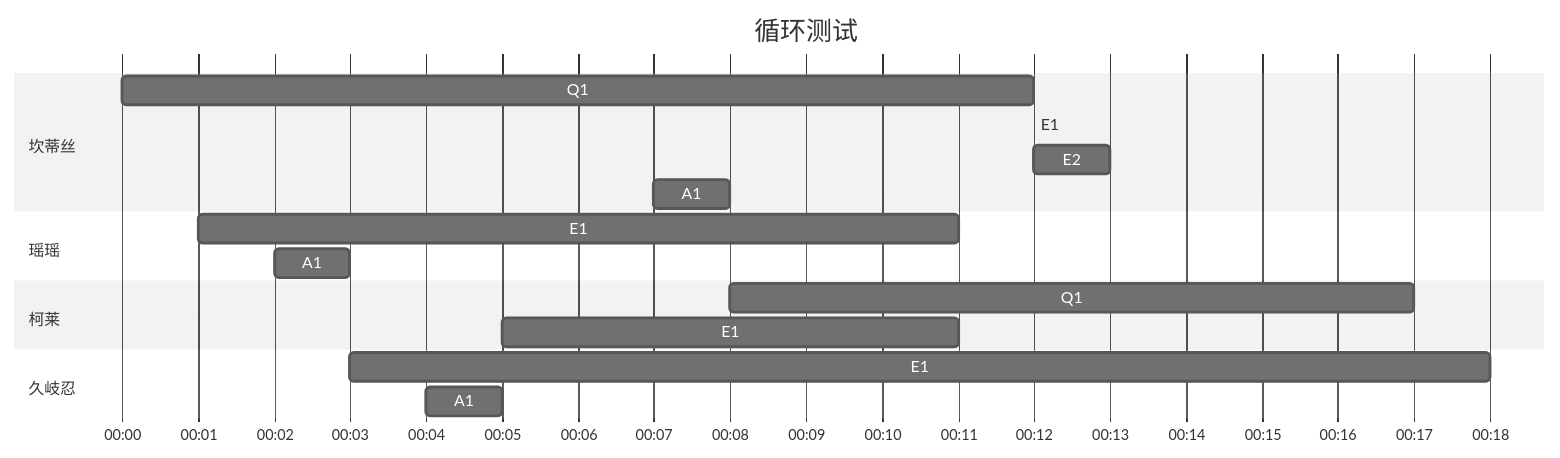
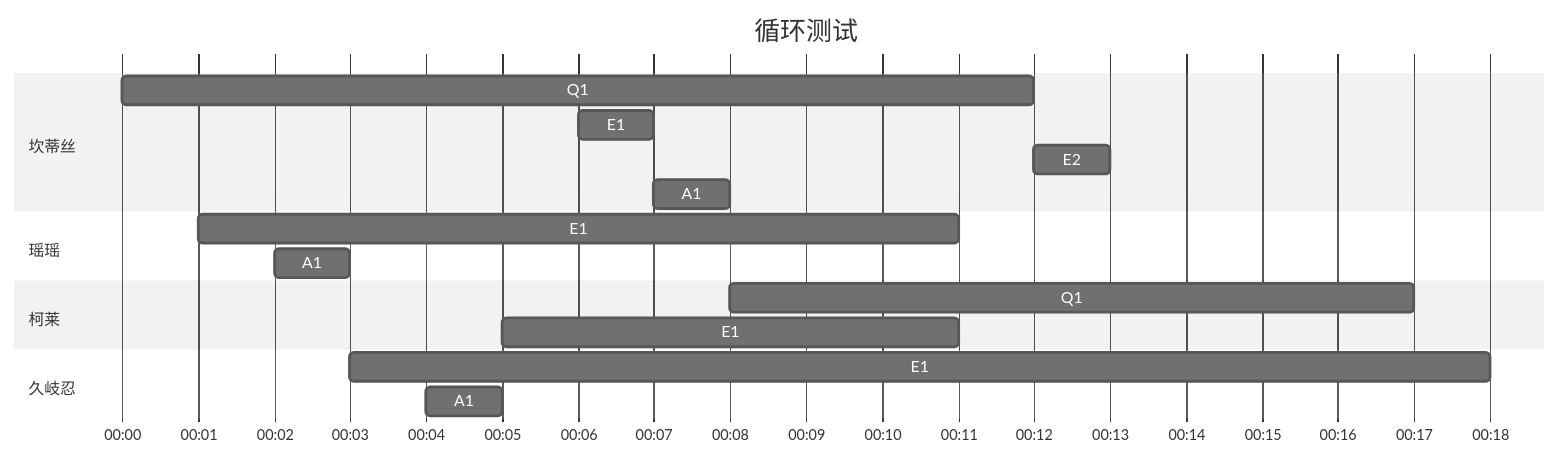
One commit to JiYouMCC/JiYouMCC.github.io changed the second of 2 diagrams in _drafts/2022-1.md. Above: the diagram before and after it, drawn with Mermaid (neutral theme).

````diff
--- a/_drafts/2022-1.md
+++ b/_drafts/2022-1.md
@@ -21,26 +21,26 @@
 ```mermaid
 gantt
     title 循环测试
     axisFormat %M:%S
     todayMarker off
     
     section 坎蒂丝
     Q1   :    2023-01-29 12:00:00, 12s
-    E1   :    2023-01-29 12:00:06 1s
+    E1   :    2023-01-29 12:00:06, 1s
     E2   :    2023-01-29 12:00:12, 1s
     A1   :    2023-01-29 12:00:07, 1s
     
     section 瑶瑶
     E1   :    2023-01-29 12:00:01, 10s
     A1   :    2023-01-29 12:00:02, 1s
     
     section 柯莱
     Q1   :    2023-01-29 12:00:08, 9s
     E1   :    2023-01-29 12:00:05, 6s
     
     section 久岐忍
     E1   :    2023-01-29 12:00:03, 15s
     A1   :    2023-01-29 12:00:04, 1s
     
     
 ```
````
